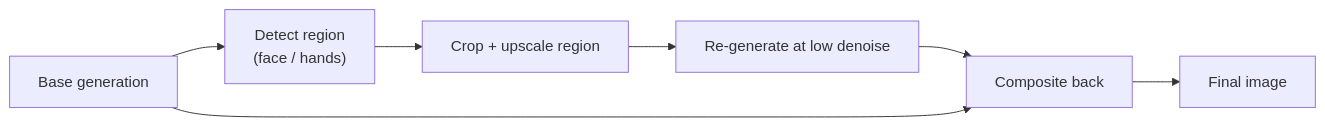
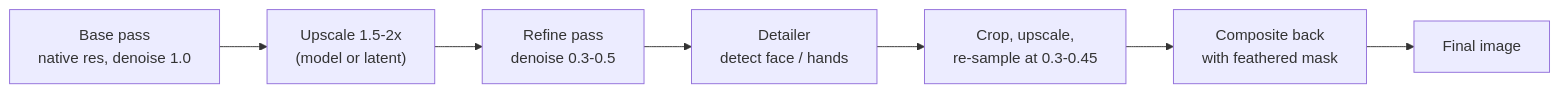
Before and after one commit to AndrewAltimit/Documentation: the third of 3 diagrams in github-pages/docs/ai-ml/advanced-techniques.md, drawn with Mermaid. The commit also changed other lines of this file and 240 other files, not shown here.

````diff
--- a/github-pages/docs/ai-ml/advanced-techniques.md
+++ b/github-pages/docs/ai-ml/advanced-techniques.md
@@ -188,9 +196,9 @@
 ```mermaid
 flowchart LR
-    Base["Base generation"] --> Det["Detect region<br/>(face / hands)"]
-    Det --> Crop["Crop + upscale region"]
-    Crop --> Reg["Re-generate at low denoise"]
-    Reg --> Comp["Composite back"]
-    Base --> Comp
-    Comp --> Out["Final image"]
+    Base["Base pass<br/>native res, denoise 1.0"] --> Up["Upscale 1.5-2x<br/>(model or latent)"]
+    Up --> Ref["Refine pass<br/>denoise 0.3-0.5"]
+    Ref --> Det["Detailer<br/>detect face / hands"]
+    Det --> Crop["Crop, upscale,<br/>re-sample at 0.3-0.45"]
+    Crop --> Comp["Composite back<br/>with feathered mask"]
+    Comp --> Final["Final image"]
 ```
````
